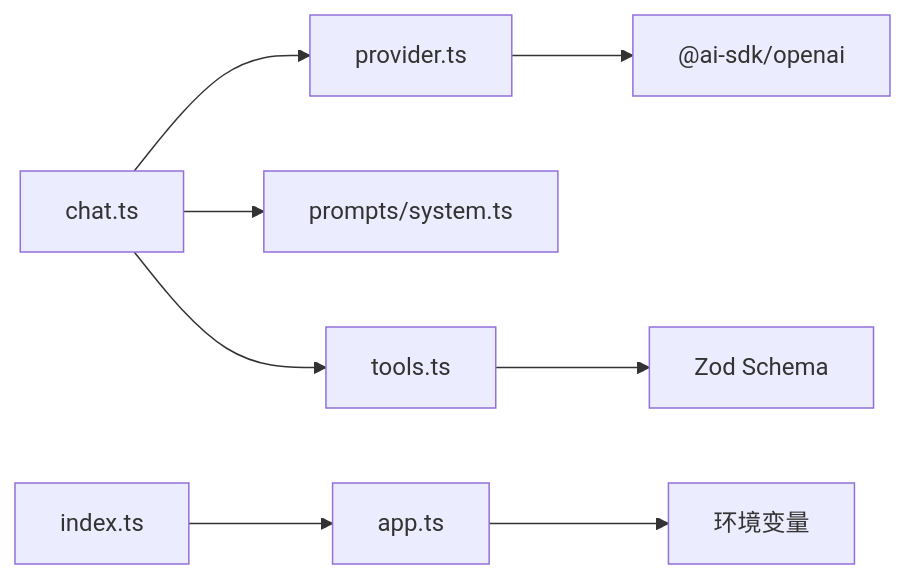
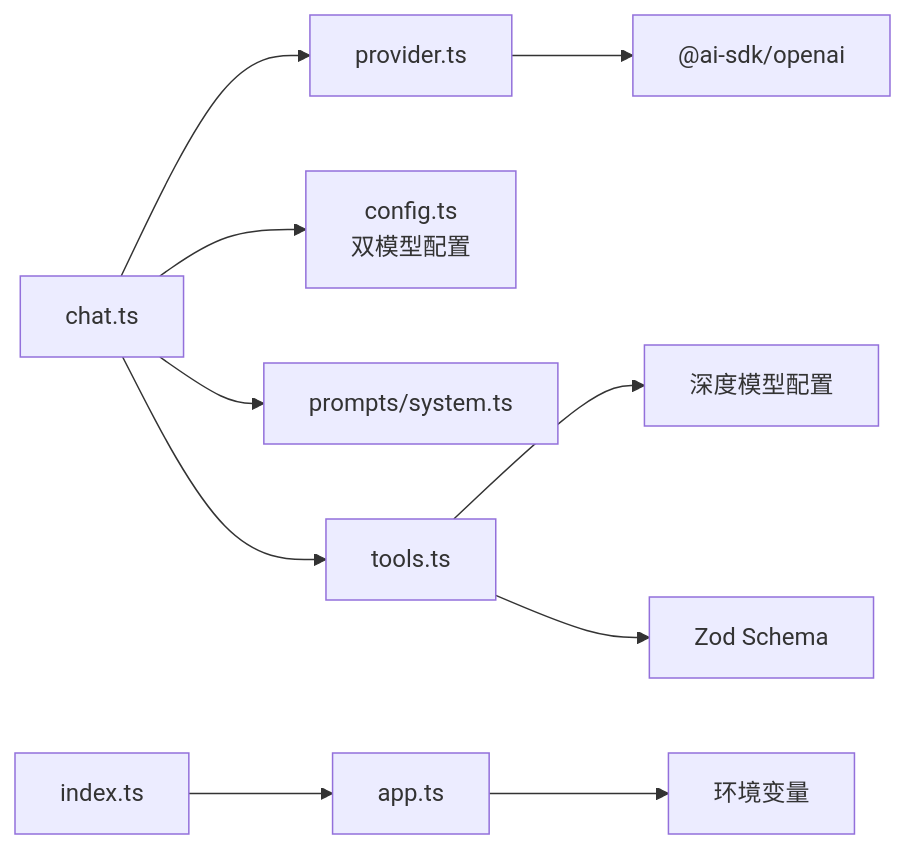
One commit to aHin0805/FH6CarSettingAgent changed the eighth of 8 diagrams in .qoder/repowiki/zh/content/AI集成模块/AI提供商配置.md. Above: the diagram before and after it, drawn with Mermaid. The commit also changed other lines of this file and 59 other files, not shown here.

````diff
--- a/.qoder/repowiki/zh/content/AI集成模块/AI提供商配置.md
+++ b/.qoder/repowiki/zh/content/AI集成模块/AI提供商配置.md
@@ -238,10 +325,12 @@
 ```mermaid
 graph LR
 Chat["chat.ts"] --> Provider["provider.ts"]
+Chat --> Config["config.ts<br/>双模型配置"]
 Chat --> Prompts["prompts/system.ts"]
 Chat --> Tools["tools.ts"]
+Tools --> DeepConfig["深度模型配置"]
 Provider --> OpenAI["@ai-sdk/openai"]
 Tools --> Zod["Zod Schema"]
 App["app.ts"] --> Env["环境变量"]
 Index["index.ts"] --> App
 ```
````
